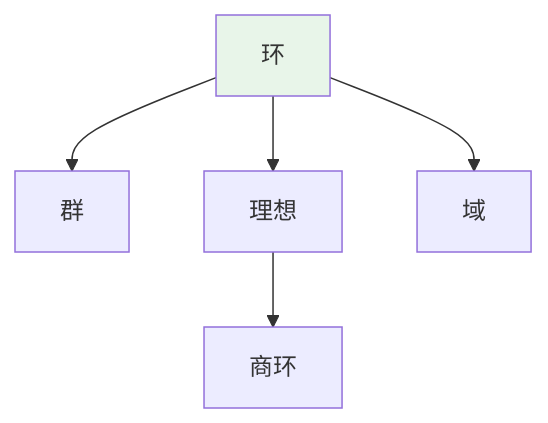
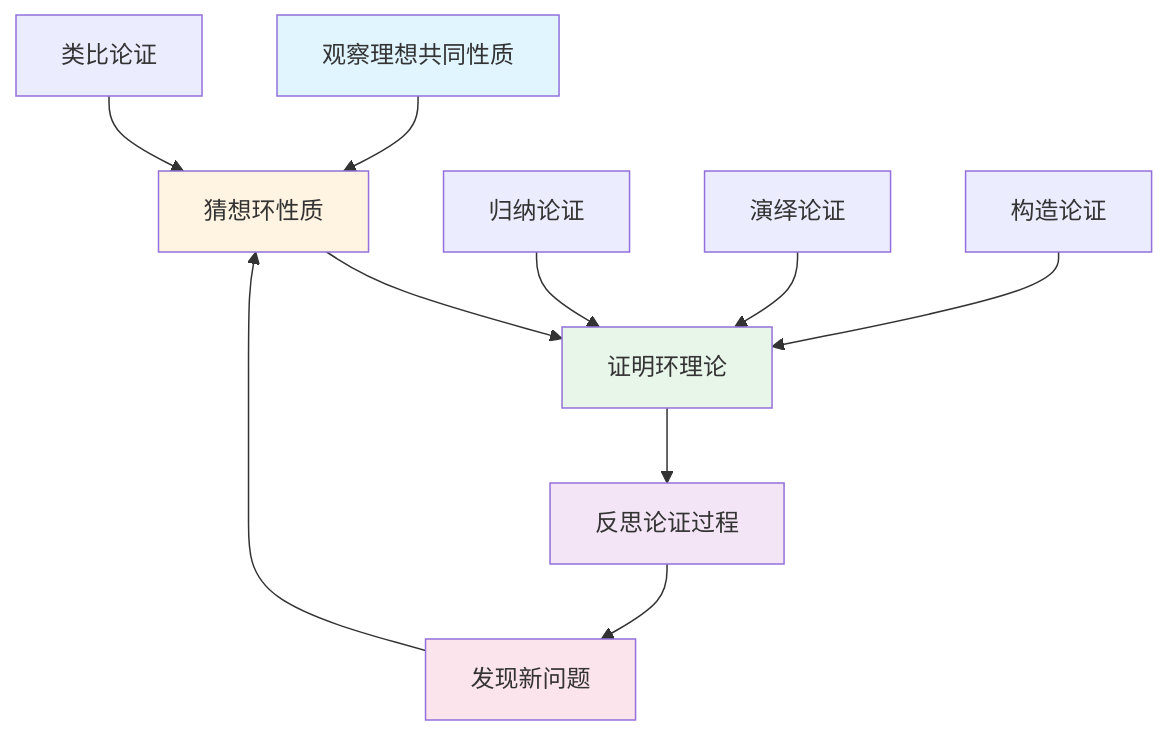
The fifth of 10 diagrams in concept/核心概念/09-环.md (AdaMartin18010/FormalMath), drawn with Mermaid before and after one commit. The commit also changed other lines of this file and 4793 other files, not shown here.

````diff
--- a/concept/核心概念/09-环.md
+++ b/concept/核心概念/09-环.md
@@ -839,9 +1479,19 @@
 ```mermaid
 graph TD
-    A[环] --> B[群]
-    A --> C[理想]
-    C --> D[商环]
-    A --> E[域]
+    A[观察理想共同性质] --> B[猜想环性质]
+    B --> C[证明环理论]
+    C --> D[反思论证过程]
+    D --> E[发现新问题]
+    E --> B
 
-    style A fill:#e8f5e9
+    F[归纳论证] --> C
+    G[演绎论证] --> C
+    H[类比论证] --> B
+    I[构造论证] --> C
+
+    style A fill:#e1f5ff
+    style B fill:#fff4e1
+    style C fill:#e8f5e9
+    style D fill:#f3e5f5
+    style E fill:#fce4ec
 ```
````
